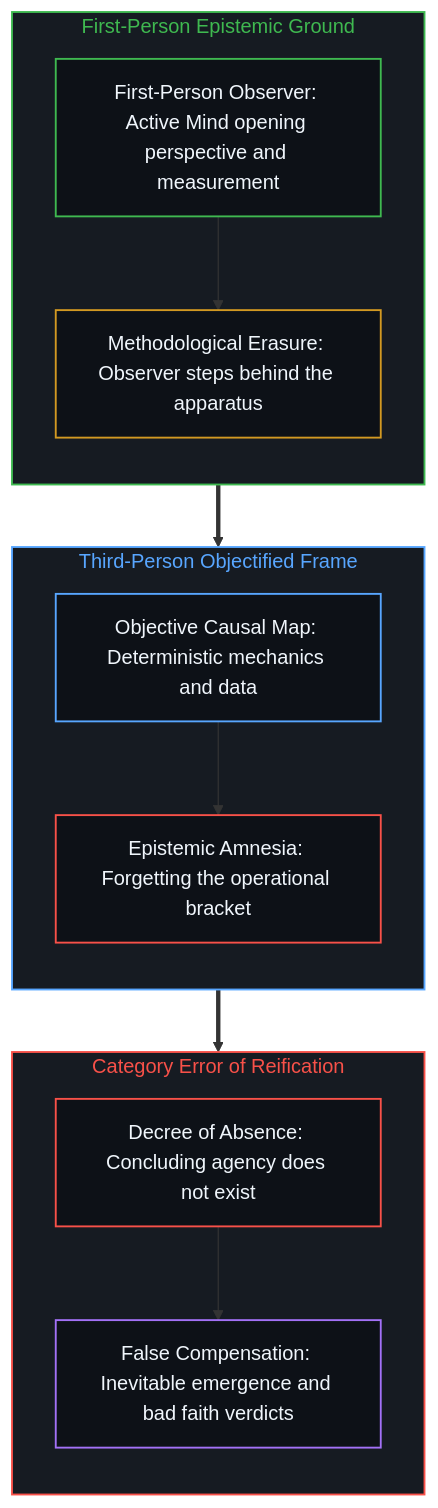
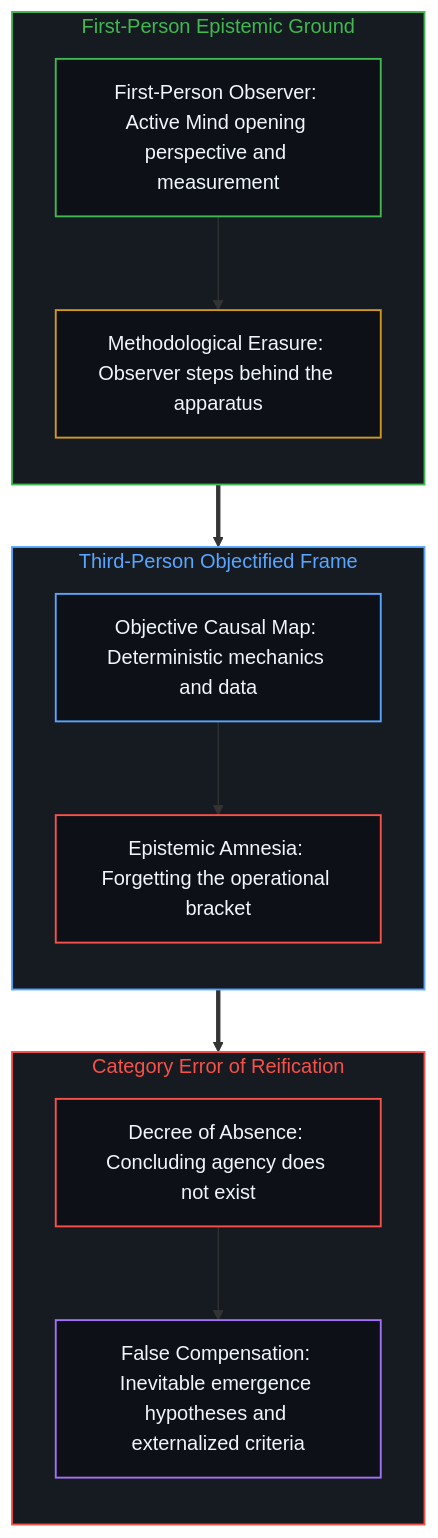
Before and after one commit to powerpig99/not-a-toe: the second of 4 diagrams in content/posts/the-blind-spot-of-the-frame.md, drawn with Mermaid. The commit also changed other lines of this file and 5 other files, not shown here.

````diff
--- a/content/posts/the-blind-spot-of-the-frame.md
+++ b/content/posts/the-blind-spot-of-the-frame.md
@@ -62,32 +62,32 @@
 ```mermaid
 flowchart TD
     classDef default fill:#0d1117,stroke:#30363d,stroke-width:1px,color:#f0f6fc;
     classDef mind fill:#0d1117,stroke:#3fb950,stroke-width:1.5px,color:#f0f6fc;
     classDef warn fill:#0d1117,stroke:#d29922,stroke-width:1.5px,color:#f0f6fc;
     classDef fail fill:#0d1117,stroke:#f85149,stroke-width:1.5px,color:#f0f6fc;
     classDef model fill:#0d1117,stroke:#58a6ff,stroke-width:1.5px,color:#f0f6fc;
     classDef loop fill:#0d1117,stroke:#a371f7,stroke-width:1.5px,color:#f0f6fc;
     subgraph S_Origin ["First-Person Epistemic Ground"]
         direction TB
         Subject["First-Person Observer: Active Mind opening perspective and measurement"]:::mind
         Bracket["Methodological Erasure: Observer steps behind the apparatus"]:::warn
         Subject --> Bracket
     end
     subgraph S_Model ["Third-Person Objectified Frame"]
         direction TB
         ObjectiveMap["Objective Causal Map: Deterministic mechanics and data"]:::model
         Amnesia["Epistemic Amnesia: Forgetting the operational bracket"]:::fail
         ObjectiveMap --> Amnesia
     end
     subgraph S_Inversion ["Category Error of Reification"]
         direction TB
         OntologicalAbsence["Decree of Absence: Concluding agency does not exist"]:::fail
-        FalseCompensate["False Compensation: Inevitable emergence and bad faith verdicts"]:::loop
+        FalseCompensate["False Compensation: Inevitable emergence hypotheses and externalized criteria"]:::loop
         OntologicalAbsence --> FalseCompensate
     end
     S_Origin ==> S_Model
     S_Model ==> S_Inversion
     style S_Origin fill:#161b22,stroke:#3fb950,stroke-width:1.5px,color:#3fb950
     style S_Model fill:#161b22,stroke:#58a6ff,stroke-width:1.5px,color:#58a6ff
     style S_Inversion fill:#161b22,stroke:#f85149,stroke-width:1.5px,color:#f85149
 ```
````
